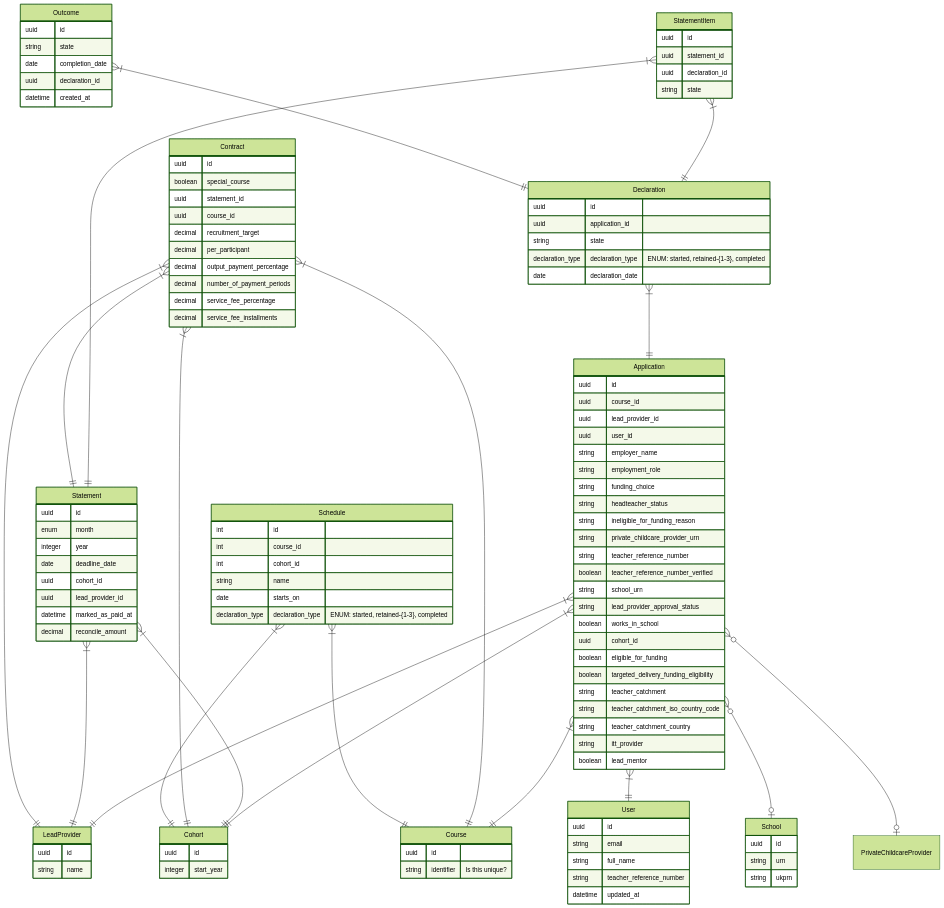
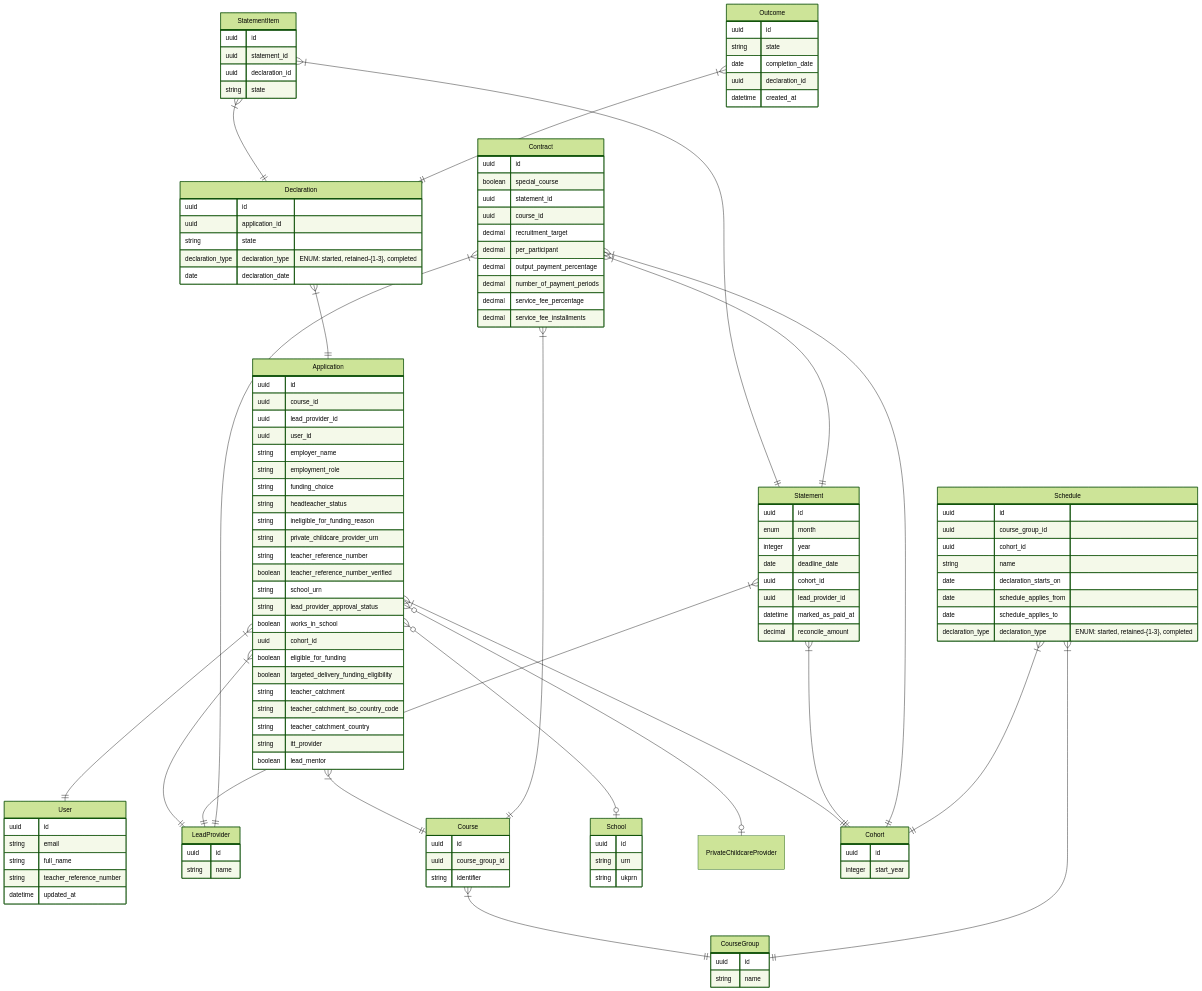
The second of 4 diagrams in data-modelling.md (DFE-Digital/npq-separation), drawn with Mermaid (forest theme) before and after one commit.

Commit message:
Update schedule model
- Add a new course group
- Add foreign keys for the new model
- Amend schedule naming to be more explicit to avoid confusion

````diff
--- a/data-modelling.md
+++ b/data-modelling.md
@@ -56,7 +56,8 @@
 
     Outcome }|--|| Declaration : ""
 
-    Schedule }|--|| Course : ""
+    Course }|--|| CourseGroup : ""
+    Schedule }|--|| CourseGroup : ""
     Schedule }|--|| Cohort : ""
 
     User {
@@ -74,7 +75,9 @@
 
     Course {
         uuid id
-        string identifier "Is this unique?"
+        uuid course_group_id
+        string identifier
+
     }
 
     Application {
@@ -161,12 +164,19 @@
         string state
     }
 
+    CourseGroup {
+        uuid id
+        string name
+    }
+
     Schedule {
-        int id
-        int course_id
-        int cohort_id
+        uuid id
+        uuid course_group_id
+        uuid cohort_id
         string name
-        date starts_on
+        date declaration_starts_on
+        date schedule_applies_from
+        date schedule_applies_to
         declaration_type declaration_type "ENUM: started, retained-{1-3}, completed"
     }
 ```
````
